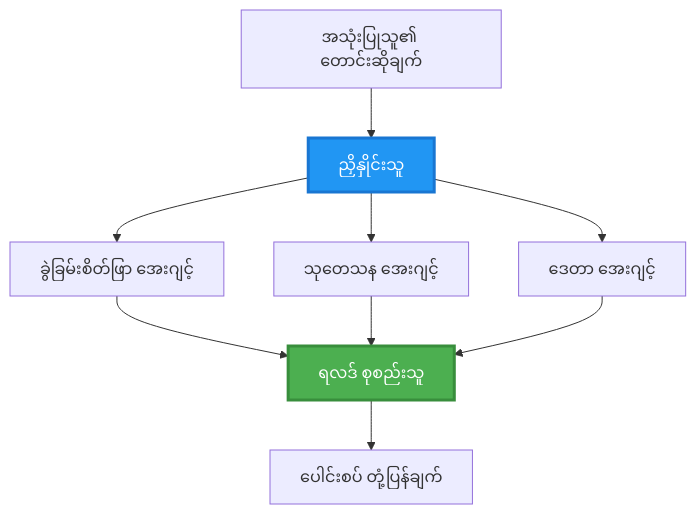
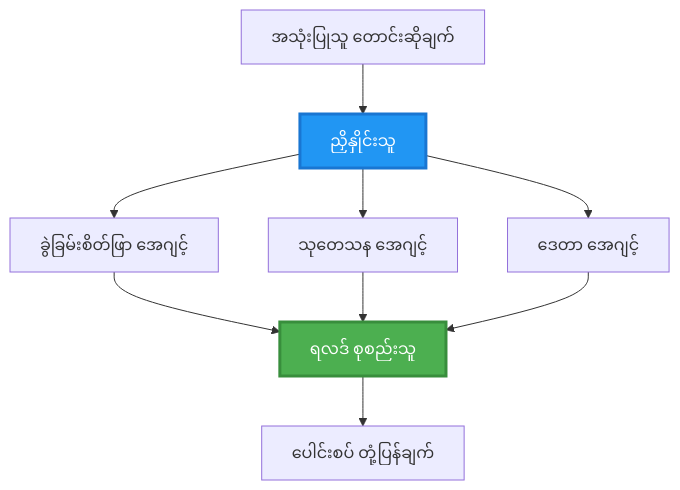
One commit to microsoft/AZD-for-beginners changed the second of 6 diagrams in translations/my/docs/chapter-06-pre-deployment/coordination-patterns.md. Above: the diagram before and after it, drawn with Mermaid. The commit also changed other lines of this file and 101 other files, not shown here.

````diff
--- a/translations/my/docs/chapter-06-pre-deployment/coordination-patterns.md
+++ b/translations/my/docs/chapter-06-pre-deployment/coordination-patterns.md
@@ -106,22 +100,22 @@
 ```mermaid
 graph TB
-    User[အသုံးပြုသူ၏ တောင်းဆိုချက်]
+    User[အသုံးပြုသူ တောင်းဆိုချက်]
     Orchestrator[ညှိနှိုင်းသူ]
-    Agent1[ခွဲခြမ်းစိတ်ဖြာ အေးဂျင့်]
-    Agent2[သုတေသန အေးဂျင့်]
-    Agent3[ဒေတာ အေးဂျင့်]
+    Agent1[ခွဲခြမ်းစိတ်ဖြာ အေဂျင့်]
+    Agent2[သုတေသန အေဂျင့်]
+    Agent3[ဒေတာ အေဂျင့်]
     Aggregator[ရလဒ် စုစည်းသူ]
     Response[ပေါင်းစပ် တုံ့ပြန်ချက်]
     
     User --> Orchestrator
     Orchestrator --> Agent1
     Orchestrator --> Agent2
     Orchestrator --> Agent3
     Agent1 --> Aggregator
     Agent2 --> Aggregator
     Agent3 --> Aggregator
     Aggregator --> Response
     
     style Orchestrator fill:#2196F3,stroke:#1976D2,stroke-width:3px,color:#fff
     style Aggregator fill:#4CAF50,stroke:#388E3C,stroke-width:3px,color:#fff
 ```
````
